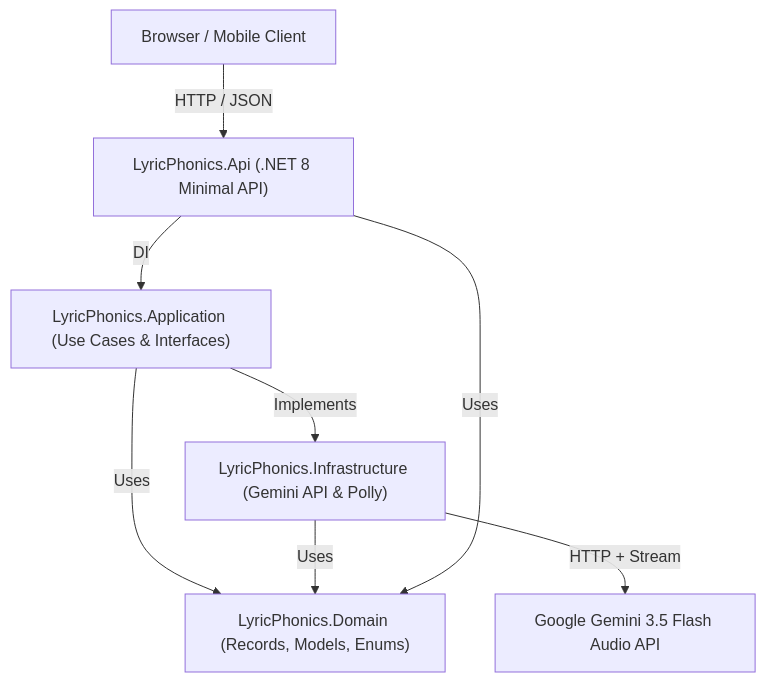
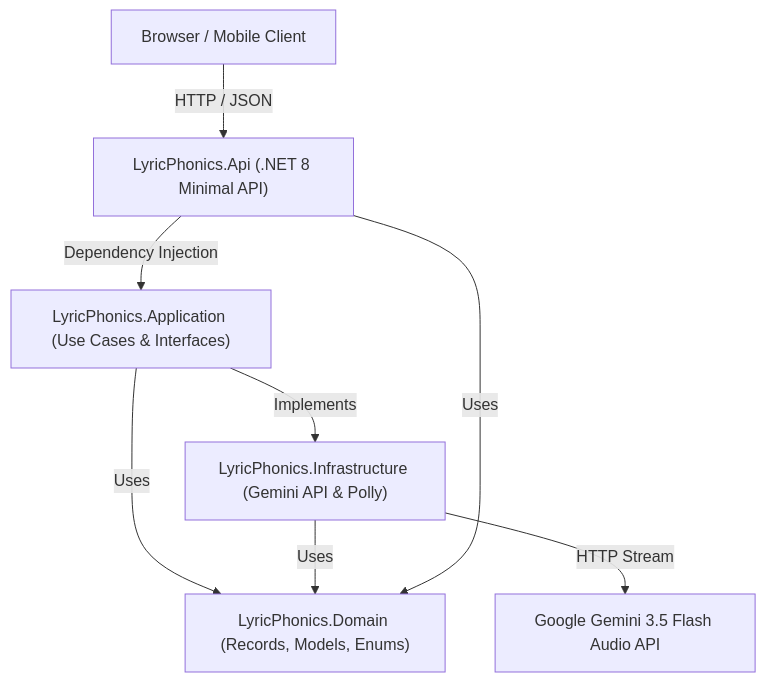
One commit to thieuhoang2002/LyricPhonics changed the diagram in TECHSTACK.md. Above: the diagram before and after it, drawn with Mermaid. The commit also changed other lines of this file and 28 other files, not shown here.

````diff
--- a/TECHSTACK.md
+++ b/TECHSTACK.md
@@ -11,10 +12,10 @@
 ```mermaid
 graph TD
     Client["Browser / Mobile Client"] -->|HTTP / JSON| API["LyricPhonics.Api (.NET 8 Minimal API)"]
-    API -->|DI| App["LyricPhonics.Application (Use Cases & Interfaces)"]
+    API -->|Dependency Injection| App["LyricPhonics.Application (Use Cases & Interfaces)"]
     App -->|Implements| Infra["LyricPhonics.Infrastructure (Gemini API & Polly)"]
     App -->|Uses| Domain["LyricPhonics.Domain (Records, Models, Enums)"]
     Infra -->|Uses| Domain
     API -->|Uses| Domain
-    Infra -->|HTTP + Stream| Gemini["Google Gemini 3.5 Flash Audio API"]
+    Infra -->|HTTP Stream| Gemini["Google Gemini 3.5 Flash Audio API"]
 ```
````
